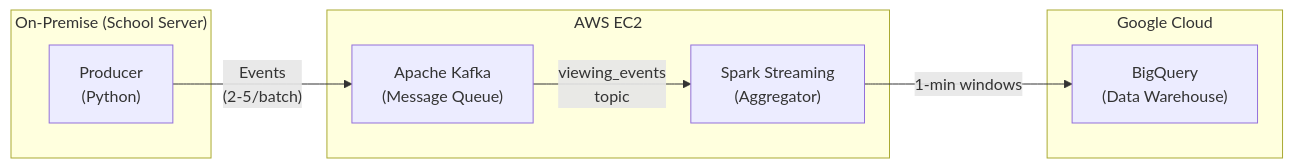
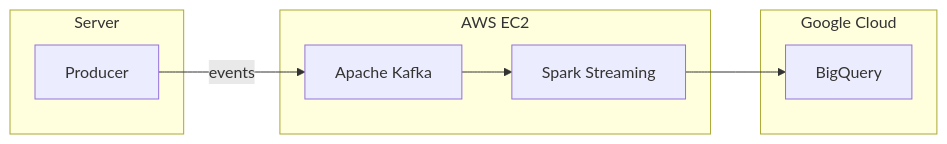
Before and after one commit to yuhansun33/Global-Content-Trending-Analysis-Platform: the first of 4 diagrams in README.md, drawn with Mermaid.

Commit message:
docs: refine README architecture diagram

````diff
--- a/README.md
+++ b/README.md
@@ -7,19 +7,19 @@
 ```mermaid
 flowchart LR
-    subgraph On-Premise["On-Premise (School Server)"]
-        Producer["Producer\n(Python)"]
+    subgraph On-Premise["Server"]
+        Producer[Producer]
     end
 
     subgraph AWS["AWS EC2"]
-        Kafka["Apache Kafka\n(Message Queue)"]
-        Spark["Spark Streaming\n(Aggregator)"]
+        Kafka[Apache Kafka]
+        Spark[Spark Streaming]
     end
 
     subgraph GCP["Google Cloud"]
-        BigQuery["BigQuery\n(Data Warehouse)"]
+        BigQuery[BigQuery]
     end
 
-    Producer -->|"Events\n(2-5/batch)"| Kafka
-    Kafka -->|"viewing_events\ntopic"| Spark
-    Spark -->|"1-min windows"| BigQuery
+    Producer -->|events| Kafka
+    Kafka --> Spark
+    Spark --> BigQuery
 ```
````
